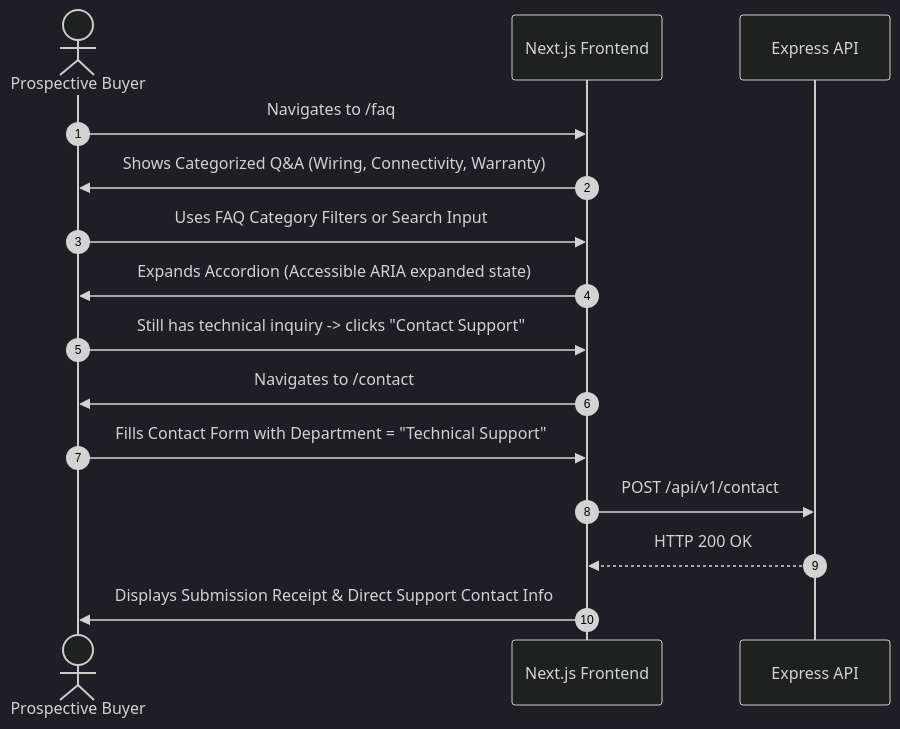
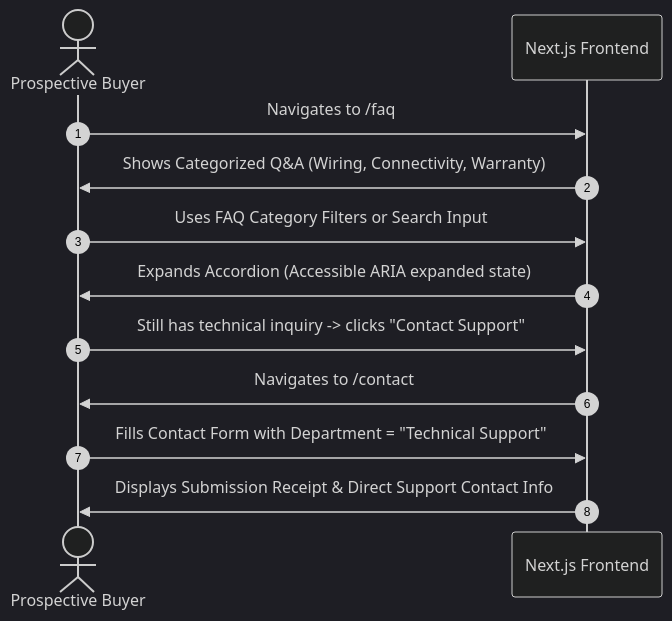
The third of 3 diagrams in docs/user-flows.md (sahil-viradiya/smart-switch-web), drawn with Mermaid (dark theme) before and after one commit. The commit also changed other lines of this file and 197 other files, not shown here.

Commit message:
feat: consolidate architecture, theme system, motion components, and marketing documentation

````diff
--- a/docs/user-flows.md
+++ b/docs/user-flows.md
@@ -99,18 +61,15 @@
 ```mermaid
 sequenceDiagram
     autonumber
     actor Visitor as Prospective Buyer
     participant Web as Next.js Frontend
-    participant API as Express API
 
     Visitor->>Web: Navigates to /faq
     Web->>Visitor: Shows Categorized Q&A (Wiring, Connectivity, Warranty)
     Visitor->>Web: Uses FAQ Category Filters or Search Input
     Web->>Visitor: Expands Accordion (Accessible ARIA expanded state)
     Visitor->>Web: Still has technical inquiry -> clicks "Contact Support"
     Web->>Visitor: Navigates to /contact
     Visitor->>Web: Fills Contact Form with Department = "Technical Support"
-    Web->>API: POST /api/v1/contact
-    API-->>Web: HTTP 200 OK
     Web->>Visitor: Displays Submission Receipt & Direct Support Contact Info
 ```
````
